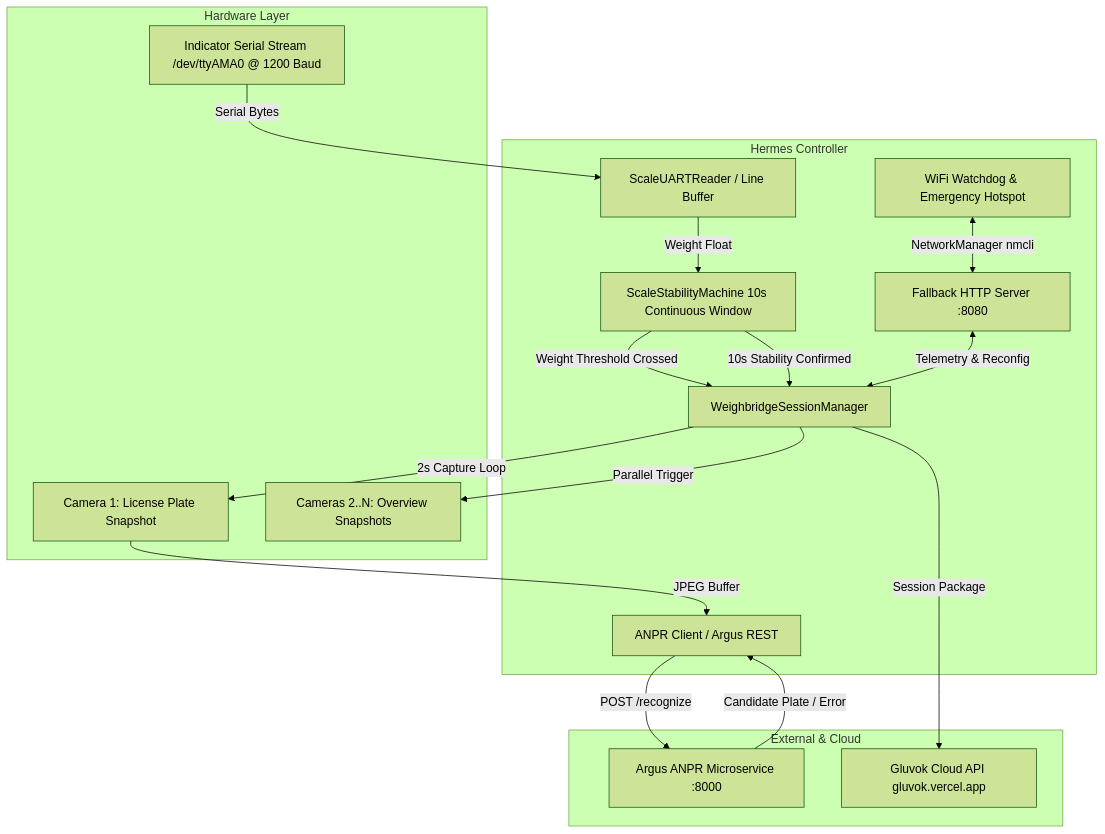
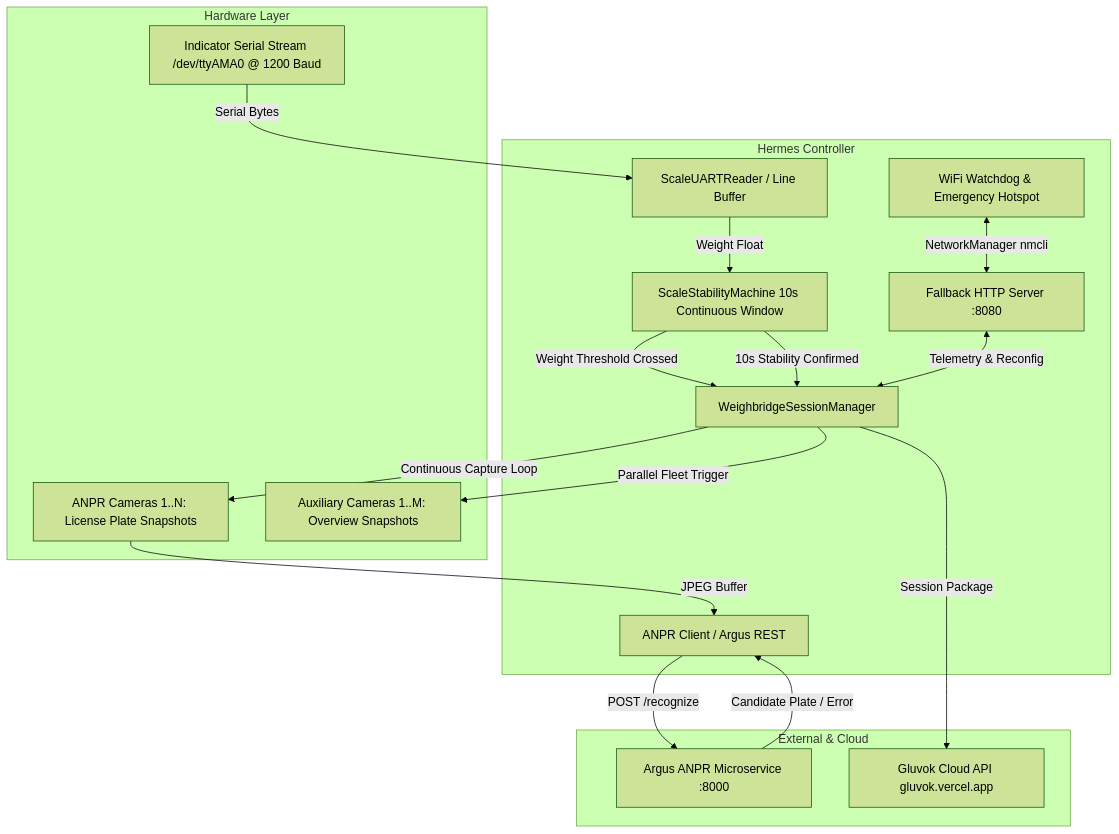
One commit to dheereshag/hermes changed the first of 2 diagrams in docs/ARCHITECTURE.md. Above: the diagram before and after it, drawn with Mermaid (forest theme). The commit also changed other lines of this file and 16 other files, not shown here.

Commit message:
refactor: replace auxiliary camera capture with full-fleet snapshots and multi-camera ANPR workflows

````diff
--- a/docs/ARCHITECTURE.md
+++ b/docs/ARCHITECTURE.md
@@ -9,35 +9,35 @@
 ```mermaid
 graph TD
     subgraph Hardware Layer
         Scale[Indicator Serial Stream /dev/ttyAMA0 @ 1200 Baud]
-        Cam1[Camera 1: License Plate Snapshot]
-        CamAux[Cameras 2..N: Overview Snapshots]
+        CamANPR[ANPR Cameras 1..N: License Plate Snapshots]
+        CamAux[Auxiliary Cameras 1..M: Overview Snapshots]
     end
 
     subgraph Hermes Controller
         UART[ScaleUARTReader / Line Buffer]
         Stability[ScaleStabilityMachine 10s Continuous Window]
         SessionMgr[WeighbridgeSessionManager]
         ANPRClient[ANPR Client / Argus REST]
         WebDiag[Fallback HTTP Server :8080]
         WiFiWatchdog[WiFi Watchdog & Emergency Hotspot]
     end
 
     subgraph External & Cloud
         ArgusMicroservice[Argus ANPR Microservice :8000]
         GluvokAPI[Gluvok Cloud API gluvok.vercel.app]
     end
 
     Scale -->|Serial Bytes| UART
     UART -->|Weight Float| Stability
     Stability -->|Weight Threshold Crossed| SessionMgr
-    SessionMgr -->|2s Capture Loop| Cam1
-    Cam1 -->|JPEG Buffer| ANPRClient
+    SessionMgr -->|Continuous Capture Loop| CamANPR
+    CamANPR -->|JPEG Buffer| ANPRClient
     ANPRClient -->|POST /recognize| ArgusMicroservice
     ArgusMicroservice -->|Candidate Plate / Error| ANPRClient
     Stability -->|10s Stability Confirmed| SessionMgr
-    SessionMgr -->|Parallel Trigger| CamAux
+    SessionMgr -->|Parallel Fleet Trigger| CamAux
     SessionMgr -->|Session Package| GluvokAPI
     WebDiag <-->|Telemetry & Reconfig| SessionMgr
     WiFiWatchdog <-->|NetworkManager nmcli| WebDiag
 ```
````
